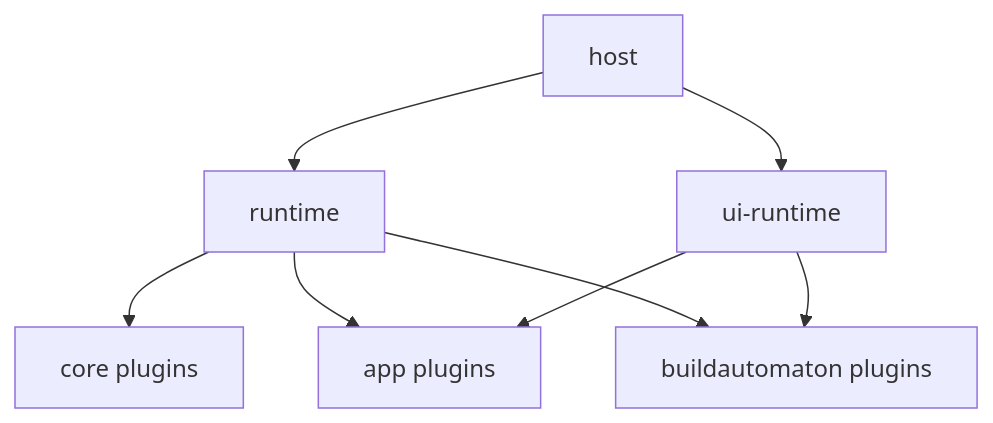
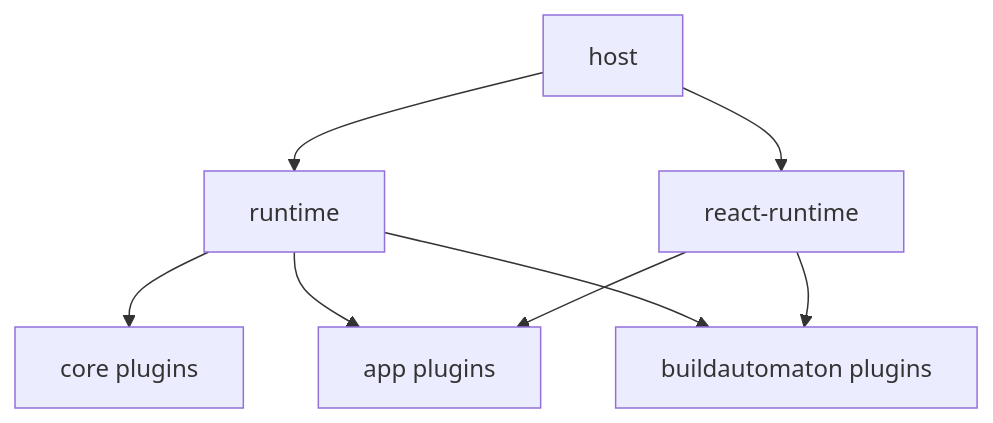
The diagram in docs/apps/index.md (buildautomaton/buildautomaton), drawn with Mermaid before and after one commit. The commit also changed other lines of this file and 122 other files, not shown here.

````diff
--- a/docs/apps/index.md
+++ b/docs/apps/index.md
@@ -25,16 +25,16 @@
 ```mermaid
 flowchart TB
   host["host"]
   runtime["runtime"]
-  ui["ui-runtime"]
+  ui["react-runtime"]
   core["core plugins"]
   app["app plugins"]
   buildautomaton["buildautomaton plugins"]
   host --> runtime
   host --> ui
   runtime --> core
   runtime --> app
   runtime --> buildautomaton
   ui --> app
   ui --> buildautomaton
 ```
````
